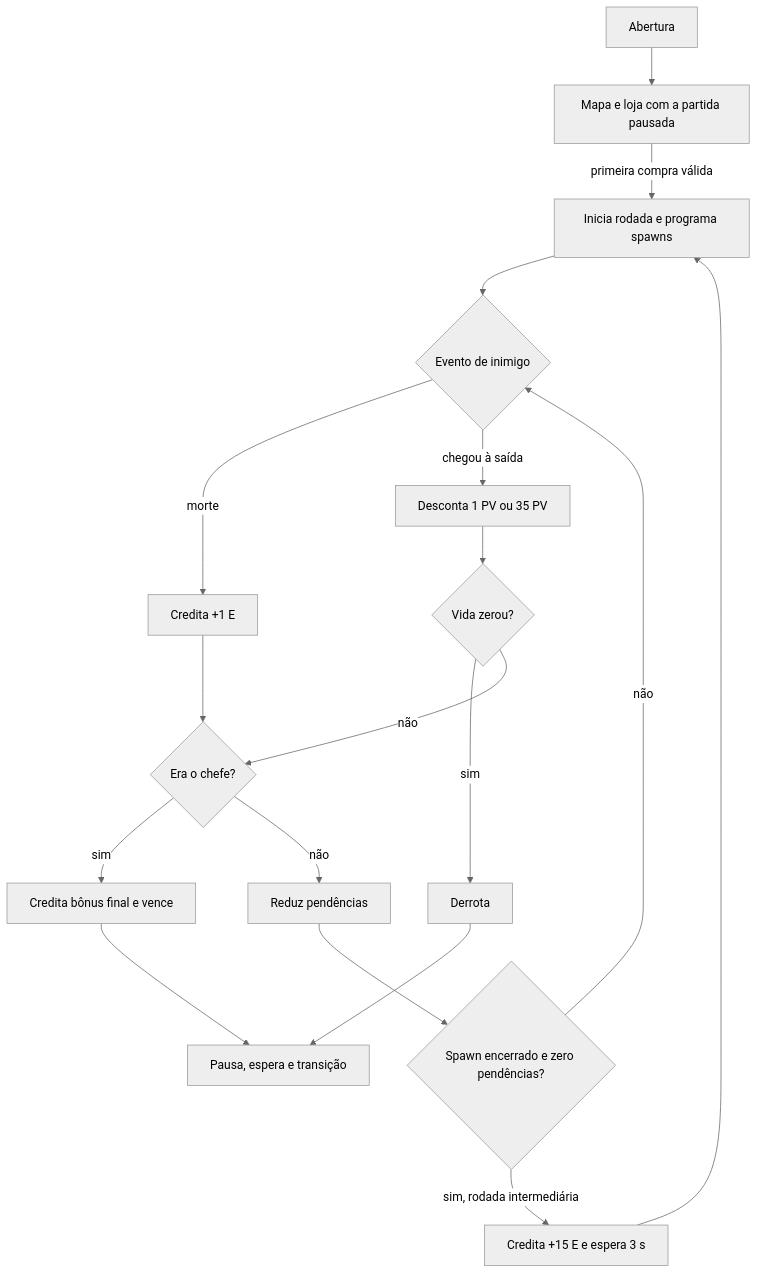
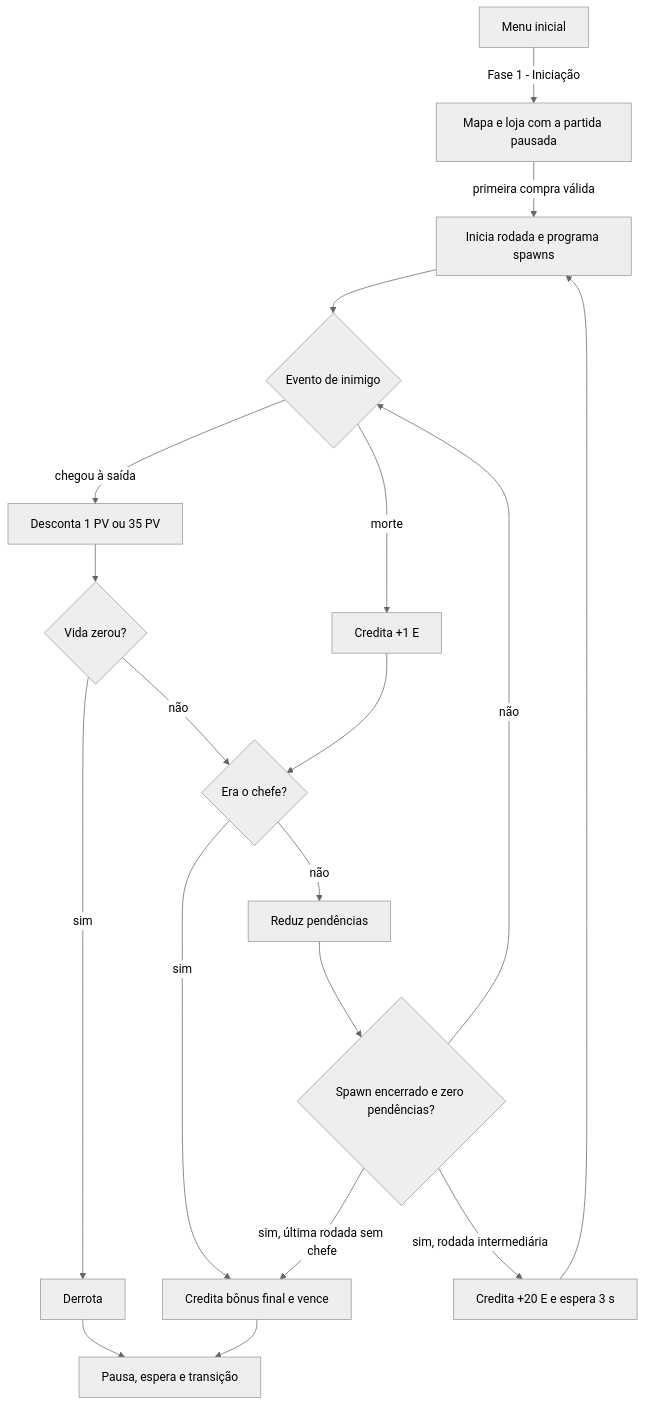
Before and after one commit to Guibpb/Charged-Fuss: the third of 3 diagrams in RELATORIO_TECNICO.md, drawn with Mermaid (neutral theme). The commit also changed other lines of this file and 9 other files, not shown here.

````diff
--- a/RELATORIO_TECNICO.md
+++ b/RELATORIO_TECNICO.md
@@ -441,20 +488,21 @@
 ```mermaid
 flowchart TD
-    A["Abertura"] --> B["Mapa e loja com a partida pausada"]
+    A["Menu inicial"] -->|"Fase 1 - Iniciação"| B["Mapa e loja com a partida pausada"]
     B -->|"primeira compra válida"| C["Inicia rodada e programa spawns"]
     C --> D{"Evento de inimigo"}
     D -->|"morte"| E["Credita +1 E"]
     D -->|"chegou à saída"| F["Desconta 1 PV ou 35 PV"]
     F --> G{"Vida zerou?"}
     G -->|"sim"| H["Derrota"]
     G -->|"não"| I{"Era o chefe?"}
     E --> I
     I -->|"sim"| J["Credita bônus final e vence"]
     I -->|"não"| K["Reduz pendências"]
     K --> L{"Spawn encerrado e zero pendências?"}
     L -->|"não"| D
-    L -->|"sim, rodada intermediária"| M["Credita +15 E e espera 3 s"]
+    L -->|"sim, rodada intermediária"| M["Credita +20 E e espera 3 s"]
+    L -->|"sim, última rodada sem chefe"| J
     M --> C
     H --> N["Pausa, espera e transição"]
     J --> N
 ```
````
